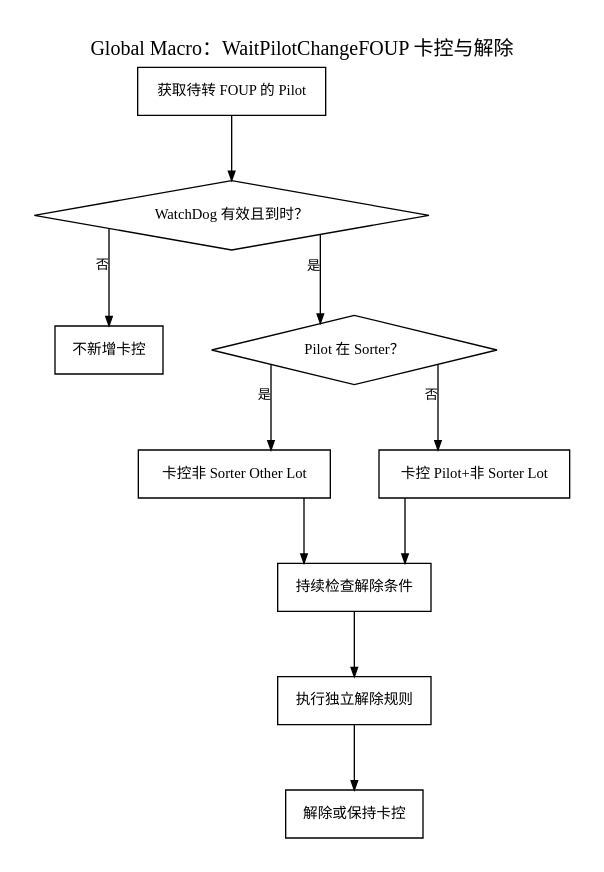
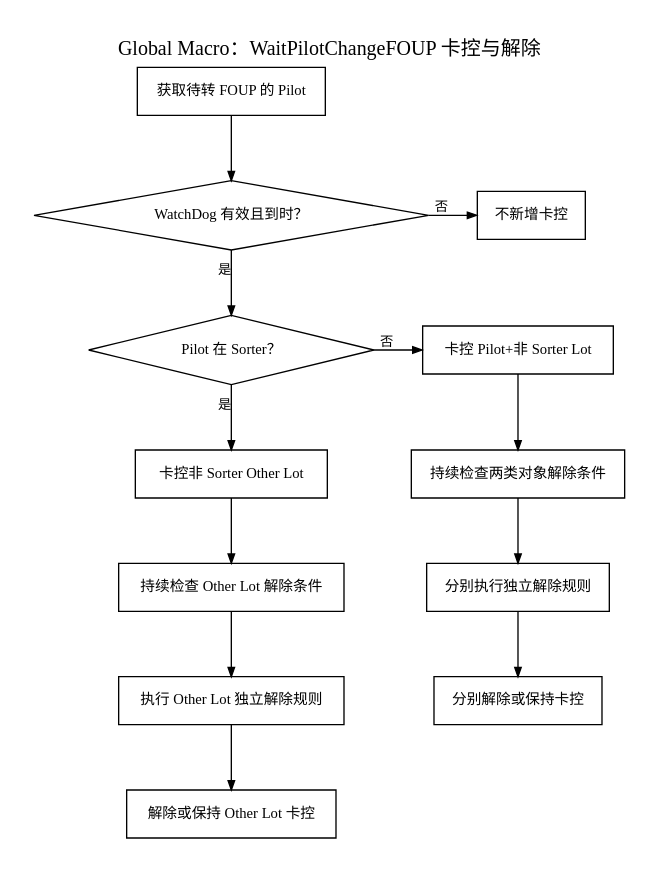
One commit to laanthony06-spec/AI changed the diagram in 00.raw-materials/90.processed/LithoAutoPiRun/流程图/Graphviz优化版/04_GlobalMacro_WaitPilotChangeFOUP卡控与解除.dot. Above: the diagram before and after it, drawn with Graphviz. The commit also changed 42 other files, not shown here.

```diff
--- a/00.raw-materials/90.processed/LithoAutoPiRun/流程图/Graphviz优化版/04_GlobalMacro_WaitPilotChangeFOUP卡控与解除.dot
+++ b/00.raw-materials/90.processed/LithoAutoPiRun/流程图/Graphviz优化版/04_GlobalMacro_WaitPilotChangeFOUP卡控与解除.dot
@@ -1,50 +1,58 @@
 digraph WaitPilotChangeFoup {
   graph [
     charset="UTF-8",
     rankdir=TB,
     splines=ortho,
     bgcolor="white",
     pad=0.25,
     nodesep=0.5,
     ranksep=0.68,
     fontname="Microsoft YaHei",
     fontsize=15,
     labelloc="t",
     label="Global Macro：WaitPilotChangeFOUP 卡控与解除"
   ];
   node [
     shape=box,
     style="solid",
     color="black",
     fontcolor="black",
     fontname="Microsoft YaHei",
     fontsize=11,
     margin="0.16,0.10"
   ];
   edge [
     color="black",
     fontcolor="black",
     fontname="Microsoft YaHei",
     fontsize=10,
     arrowsize=0.7
   ];
 
   start [label="获取待转 FOUP 的 Pilot"];
   active [shape=diamond, label="WatchDog 有效且到时？"];
   no_hold [label="不新增卡控"];
   in_sorter [shape=diamond, label="Pilot 在 Sorter？"];
   hold_other [label="卡控非 Sorter Other Lot"];
   hold_both [label="卡控 Pilot+非 Sorter Lot"];
-  monitor [label="持续检查解除条件"];
-  release_sub [label="执行独立解除规则"];
-  result [label="解除或保持卡控"];
+  monitor_other [label="持续检查 Other Lot 解除条件"];
+  release_other [label="执行 Other Lot 独立解除规则"];
+  result_other [label="解除或保持 Other Lot 卡控"];
+  monitor_both [label="持续检查两类对象解除条件"];
+  release_both [label="分别执行独立解除规则"];
+  result_both [label="分别解除或保持卡控"];
 
-  start -> active;
-  active -> no_hold [xlabel="否"];
-  active -> in_sorter [xlabel="是"];
-  in_sorter -> hold_other [xlabel="是"];
-  in_sorter -> hold_both [xlabel="否"];
-  hold_other -> monitor;
-  hold_both -> monitor;
-  monitor -> release_sub -> result;
+  start:s -> active:n;
+  { rank=same; active; no_hold; }
+  active:e -> no_hold:w [xlabel="否", constraint=false];
+  active:s -> in_sorter:n [xlabel="是"];
+  in_sorter:s -> hold_other:n [xlabel="是"];
+  { rank=same; in_sorter; hold_both; }
+  in_sorter:e -> hold_both:w [xlabel="否", constraint=false];
+  hold_other:s -> monitor_other:n;
+  monitor_other:s -> release_other:n;
+  release_other:s -> result_other:n;
+  hold_both:s -> monitor_both:n;
+  monitor_both:s -> release_both:n;
+  release_both:s -> result_both:n;
 }
```
